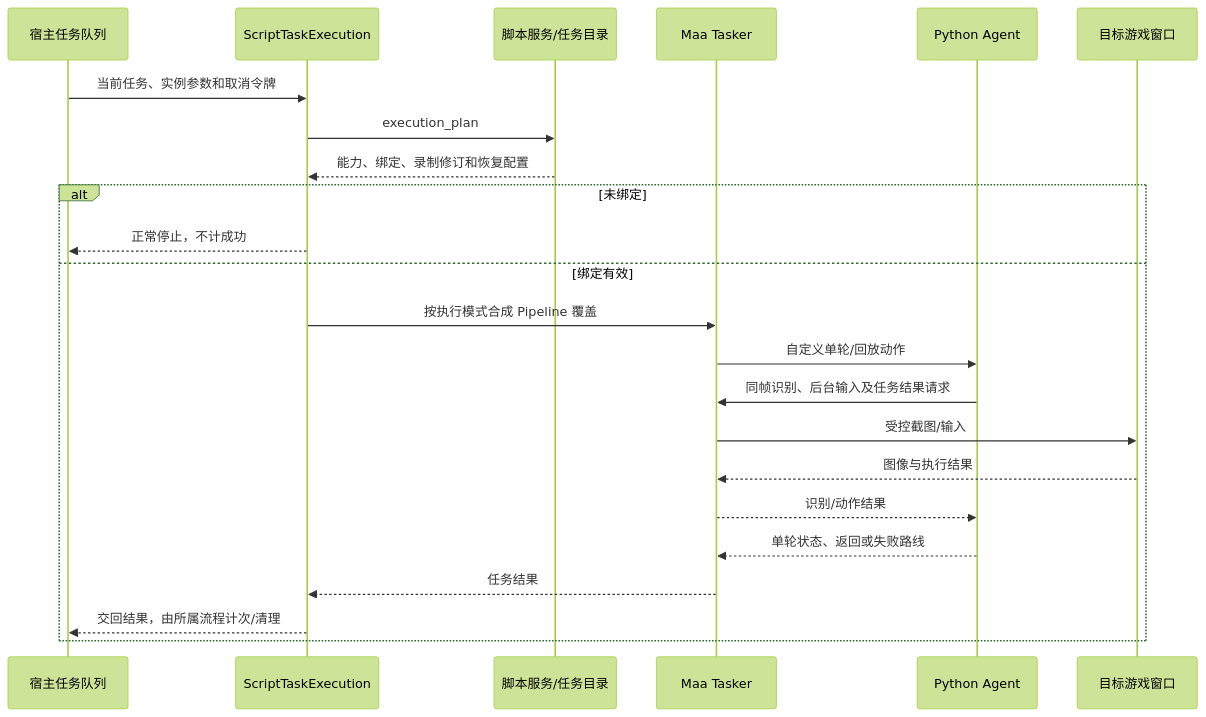
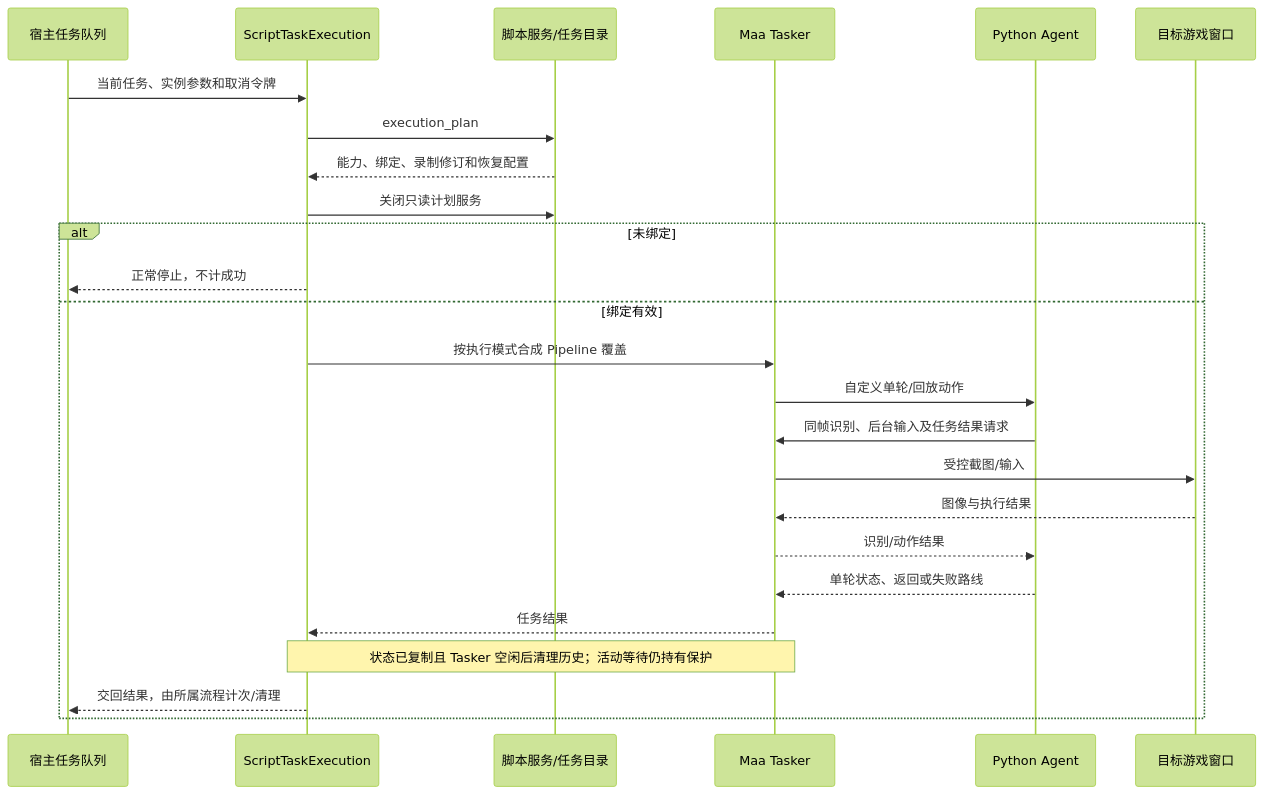
The second of 7 diagrams in architecture/README.md (Inkyu-Zero/MAAZMXY4), drawn with Mermaid (forest theme) before and after one commit. The commit also changed other lines of this file and 67 other files, not shown here.

````diff
--- a/architecture/README.md
+++ b/architecture/README.md
@@ -115,25 +119,27 @@
 ```mermaid
 sequenceDiagram
     participant Q as 宿主任务队列
     participant P as ScriptTaskExecution
     participant S as 脚本服务/任务目录
     participant M as Maa Tasker
     participant A as Python Agent
     participant G as 目标游戏窗口
     Q->>P: 当前任务、实例参数和取消令牌
     P->>S: execution_plan
     S-->>P: 能力、绑定、录制修订和恢复配置
+    P->>S: 关闭只读计划服务
     alt 未绑定
         P-->>Q: 正常停止，不计成功
     else 绑定有效
         P->>M: 按执行模式合成 Pipeline 覆盖
         M->>A: 自定义单轮/回放动作
         A->>M: 同帧识别、后台输入及任务结果请求
         M->>G: 受控截图/输入
         G-->>M: 图像与执行结果
         M-->>A: 识别/动作结果
         A-->>M: 单轮状态、返回或失败路线
         M-->>P: 任务结果
+        Note over P,M: 状态已复制且 Tasker 空闲后清理历史；活动等待仍持有保护
         P-->>Q: 交回结果，由所属流程计次/清理
     end
 ```
````
